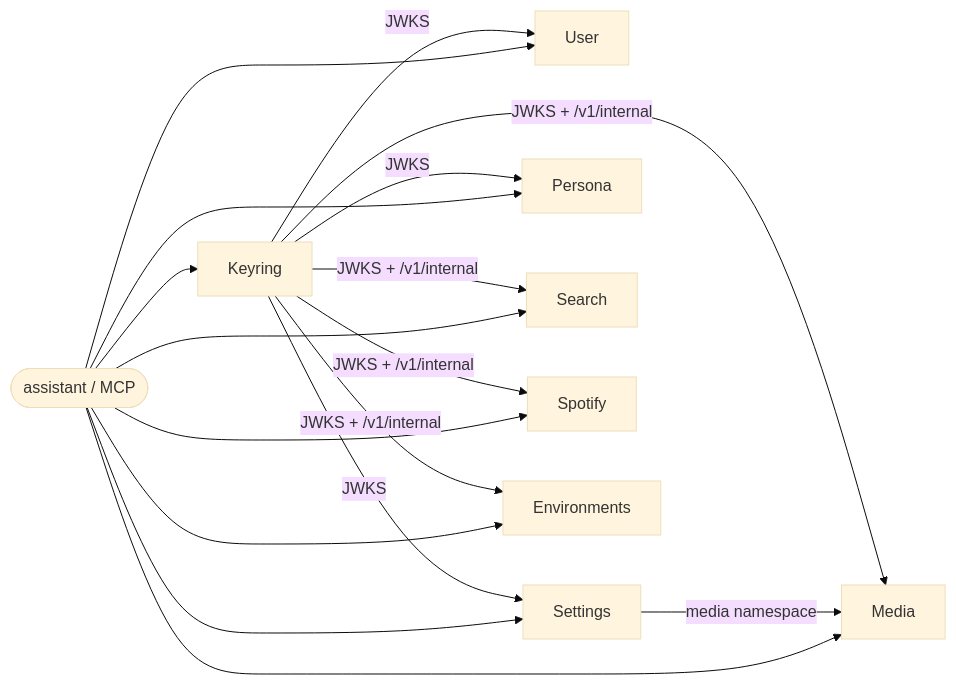
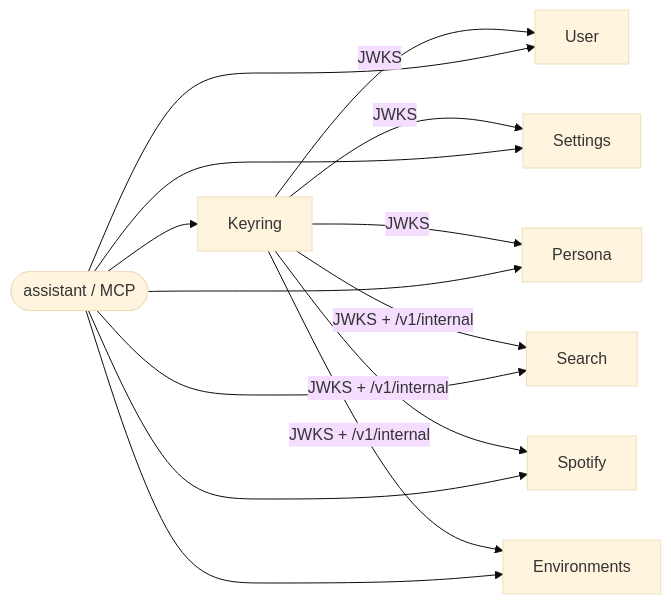
Before and after one commit to tochi-mba/LUCY-assistant: the second of 2 diagrams in README.md, drawn with Mermaid (base theme). The commit also changed other lines of this file and 61 other files, not shown here.

````diff
--- a/README.md
+++ b/README.md
@@ -68,19 +70,16 @@
 ```mermaid
 flowchart LR
   Keyring -->|"JWKS"| User
   Keyring -->|"JWKS"| Settings
   Keyring -->|"JWKS"| Persona
-  Keyring -->|"JWKS + /v1/internal"| Media
   Keyring -->|"JWKS + /v1/internal"| Search
   Keyring -->|"JWKS + /v1/internal"| Spotify
   Keyring -->|"JWKS + /v1/internal"| Environments
-  Settings -->|"media namespace"| Media
   Person([assistant / MCP]) --> Keyring
   Person --> User
   Person --> Settings
   Person --> Persona
-  Person --> Media
   Person --> Search
   Person --> Spotify
   Person --> Environments
 ```
````
